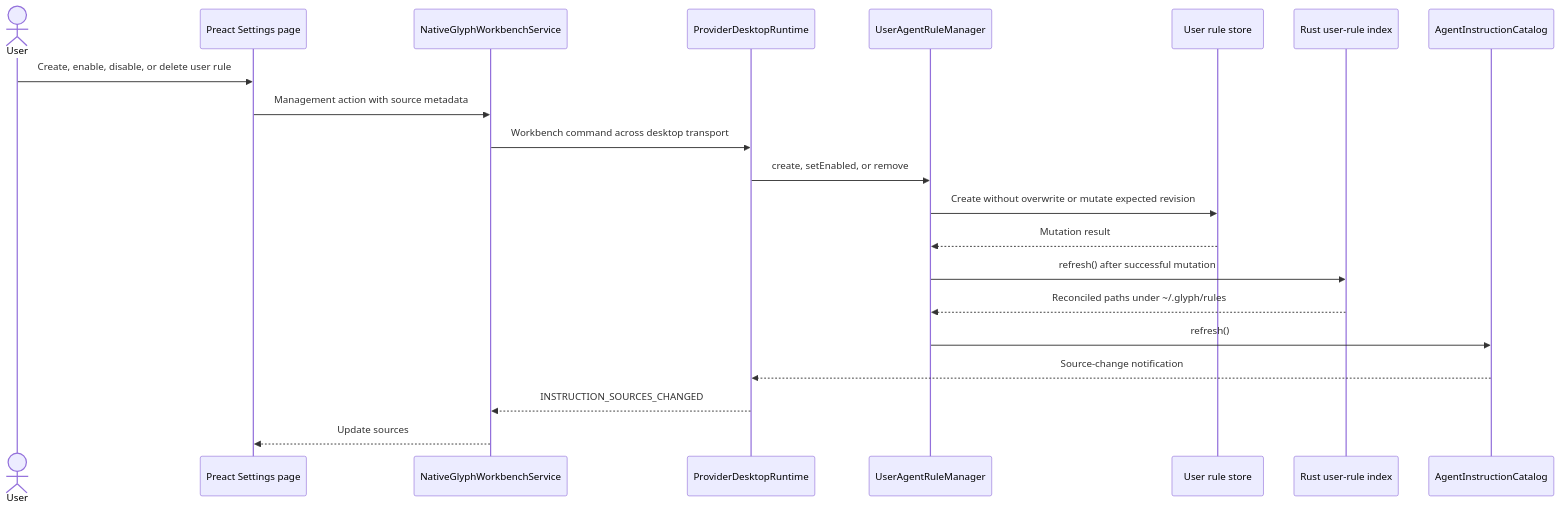
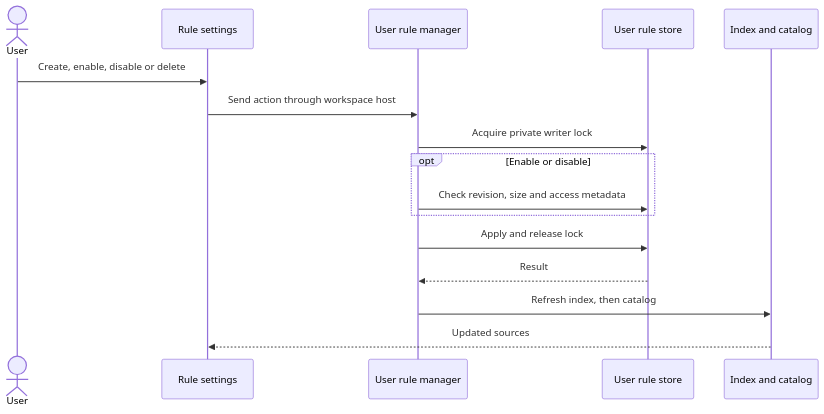
Before and after one commit to danceroutine/Glyph: the sixth of 10 diagrams in docs/AGENT_INSTRUCTIONS.md, drawn with Mermaid. The commit also changed other lines of this file, not shown here.

Commit message:
Document instruction identity, approval and sandbox flows

````diff
--- a/docs/AGENT_INSTRUCTIONS.md
+++ b/docs/AGENT_INSTRUCTIONS.md
@@ -267,24 +260,19 @@
 ```mermaid
 sequenceDiagram
     actor User
-    participant UI as Preact Settings page
-    participant Native as NativeGlyphWorkbenchService
-    participant Host as ProviderDesktopRuntime
-    participant Manager as UserAgentRuleManager
+    participant UI as Rule settings
+    participant Manager as User rule manager
     participant Store as User rule store
-    participant Index as Rust user-rule index
-    participant Catalog as AgentInstructionCatalog
+    participant Catalog as Index and catalog
 
-    User->>UI: Create, enable, disable, or delete user rule
-    UI->>Native: Management action with source metadata
-    Native->>Host: Workbench command across desktop transport
-    Host->>Manager: create, setEnabled, or remove
-    Manager->>Store: Create without overwrite or mutate expected revision
-    Store-->>Manager: Mutation result
-    Manager->>Index: refresh() after successful mutation
-    Index-->>Manager: Reconciled paths under ~/.glyph/rules
-    Manager->>Catalog: refresh()
-    Catalog-->>Host: Source-change notification
-    Host-->>Native: INSTRUCTION_SOURCES_CHANGED
-    Native-->>UI: Update sources
+    User->>UI: Create, enable, disable or delete
+    UI->>Manager: Send action through workspace host
+    Manager->>Store: Acquire private writer lock
+    opt Enable or disable
+        Manager->>Store: Check revision, size and access metadata
+    end
+    Manager->>Store: Apply and release lock
+    Store-->>Manager: Result
+    Manager->>Catalog: Refresh index, then catalog
+    Catalog-->>UI: Updated sources
 ```
````
